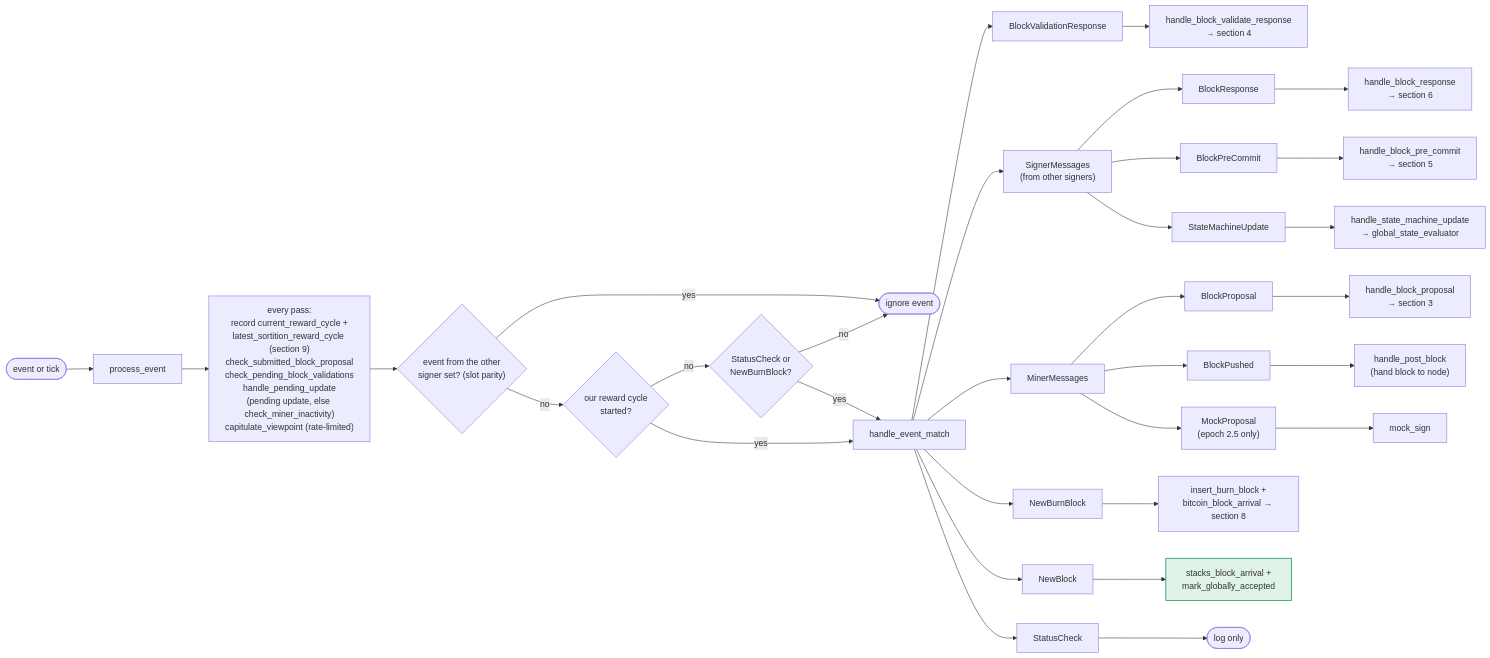
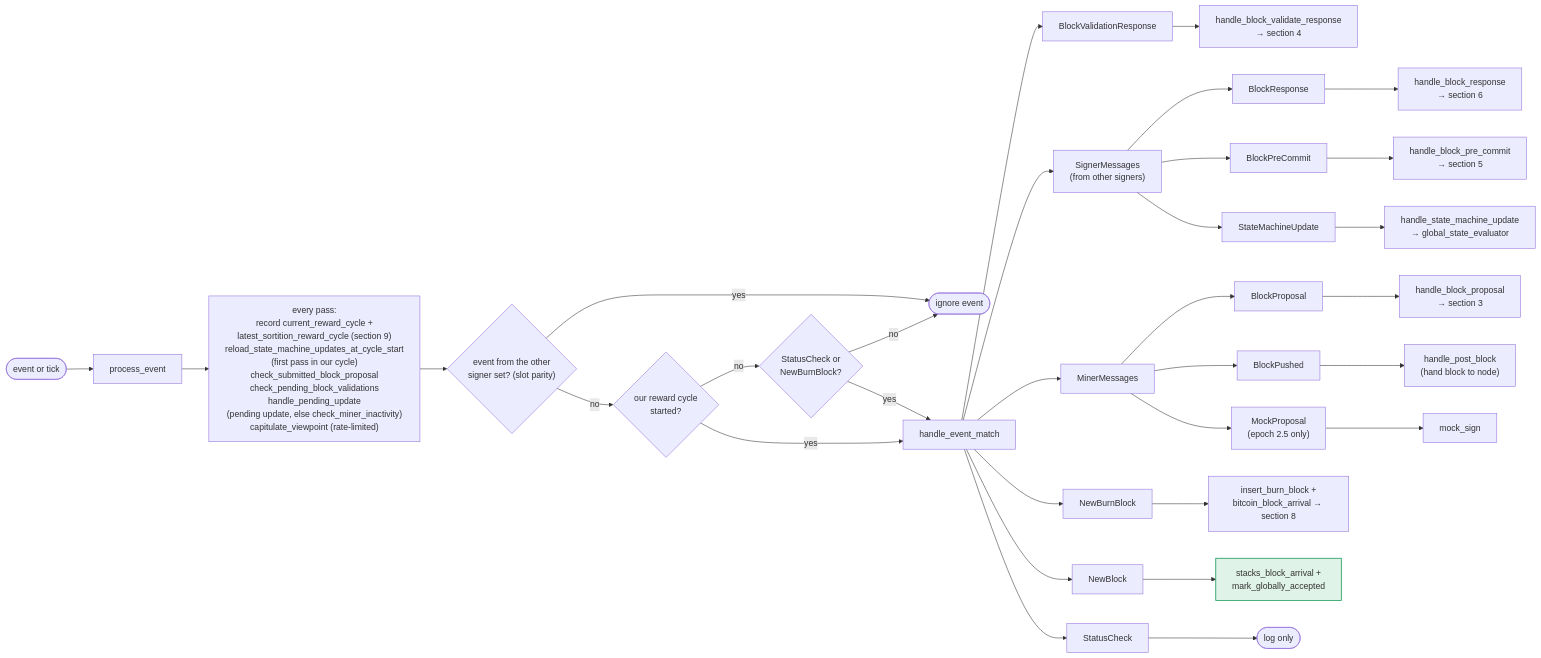
One commit to stacks-network/stacks-core changed the second of 10 diagrams in docs/signer-flows.md. Above: the diagram before and after it, drawn with Mermaid. The commit also changed other lines of this file and 3 other files, not shown here.

Commit message:
fix: signer reload state machine updates when the reward cycle starts (#7768)

````diff
--- a/docs/signer-flows.md
+++ b/docs/signer-flows.md
@@ -97,25 +100,25 @@
 ```mermaid
 flowchart LR
     EV(["event or tick"]) --> PE["process_event"]
-    PE --> HK["every pass:<br/>record current_reward_cycle +<br/>latest_sortition_reward_cycle (section 9)<br/>check_submitted_block_proposal<br/>check_pending_block_validations<br/>handle_pending_update<br/>(pending update, else check_miner_inactivity)<br/>capitulate_viewpoint (rate-limited)"]
+    PE --> HK["every pass:<br/>record current_reward_cycle +<br/>latest_sortition_reward_cycle (section 9)<br/>reload_state_machine_updates_at_cycle_start<br/>(first pass in our cycle)<br/>check_submitted_block_proposal<br/>check_pending_block_validations<br/>handle_pending_update<br/>(pending update, else check_miner_inactivity)<br/>capitulate_viewpoint (rate-limited)"]
     HK --> PAR{"event from the other<br/>signer set? (slot parity)"}
     PAR -- yes --> SKIP(["ignore event"])
     PAR -- no --> STARTED{"our reward cycle<br/>started?"}
     STARTED -- no --> EARLY{"StatusCheck or<br/>NewBurnBlock?"}
     EARLY -- no --> SKIP
     EARLY -- yes --> HEM
     STARTED -- yes --> HEM["handle_event_match"]
     HEM --> E1["BlockValidationResponse"] --> H1["handle_block_validate_response<br/>→ section 4"]
     HEM --> E2["SignerMessages<br/>(from other signers)"]
     E2 --> M1["BlockResponse"] --> H2["handle_block_response<br/>→ section 6"]
     E2 --> M2["BlockPreCommit"] --> H3["handle_block_pre_commit<br/>→ section 5"]
     E2 --> M3["StateMachineUpdate"] --> H4["handle_state_machine_update<br/>→ global_state_evaluator"]
     HEM --> E3["MinerMessages"]
     E3 --> M4["BlockProposal"] --> H5["handle_block_proposal<br/>→ section 3"]
     E3 --> M5["BlockPushed"] --> H6["handle_post_block<br/>(hand block to node)"]
     E3 --> M6["MockProposal<br/>(epoch 2.5 only)"] --> H7["mock_sign"]
     HEM --> E4["NewBurnBlock"] --> H8["insert_burn_block +<br/>bitcoin_block_arrival → section 8"]
     HEM --> E5["NewBlock"] --> H9["stacks_block_arrival +<br/>mark_globally_accepted"]:::good
     HEM --> E6["StatusCheck"] --> H10(["log only"])
     classDef good fill:#17a45c22,stroke:#1d9d5f,stroke-width:1.5px;
 ```
````
